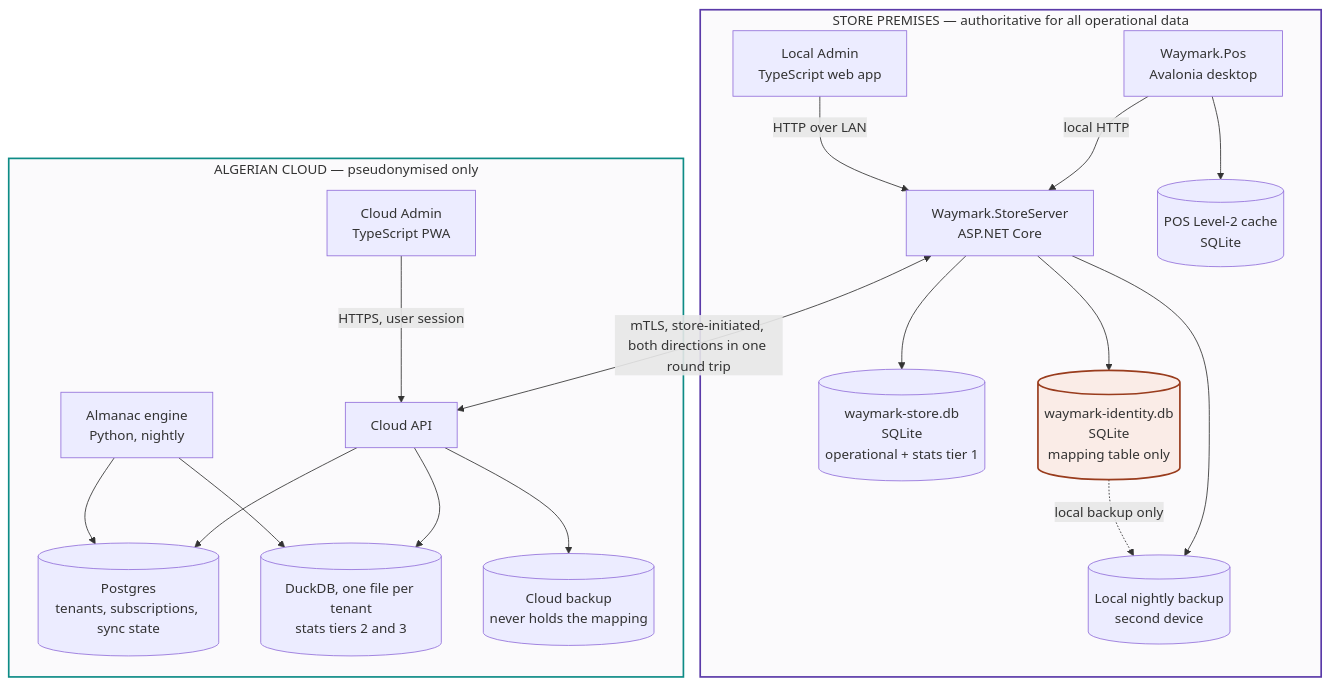
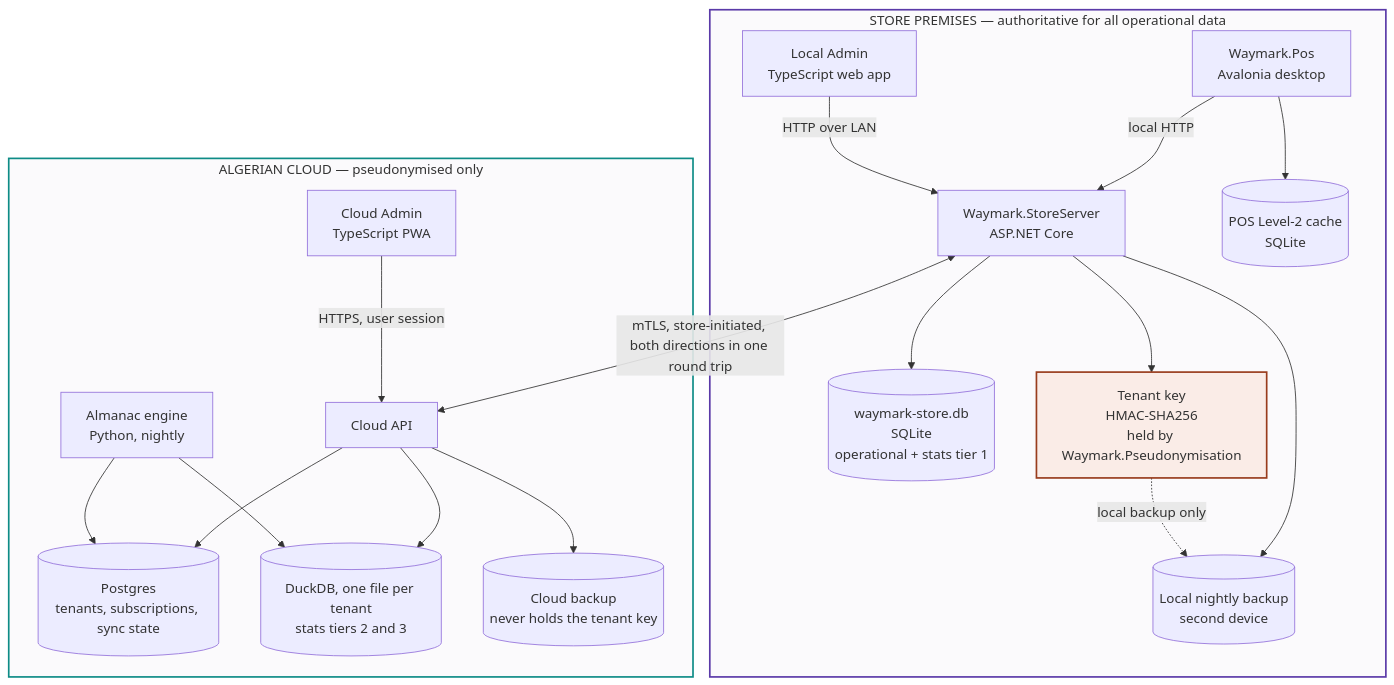
The diagram in docs/diagrams/02-container.md (RAHAI-HAKIM/Waymark), drawn with Mermaid before and after one commit. The commit also changed other lines of this file and 35 other files, not shown here.

Commit message:
Decided on using an Hmac hashing instead of the identity db, added new decision regarding handling money, quantities. more edits on these decisions 2b made later

````diff
--- a/docs/diagrams/02-container.md
+++ b/docs/diagrams/02-container.md
@@ -6,42 +6,42 @@
 ```mermaid
 flowchart TB
     subgraph premises["STORE PREMISES — authoritative for all operational data"]
         pos["Waymark.Pos<br/>Avalonia desktop"]
         server["Waymark.StoreServer<br/>ASP.NET Core"]
         localadmin["Local Admin<br/>TypeScript web app"]
         storedb[("waymark-store.db<br/>SQLite<br/>operational + stats tier 1")]
-        identitydb[("waymark-identity.db<br/>SQLite<br/>mapping table only")]
+        tenantkey["Tenant key<br/>HMAC-SHA256<br/>held by Waymark.Pseudonymisation"]
         poscache[("POS Level-2 cache<br/>SQLite")]
         backup[("Local nightly backup<br/>second device")]
     end
 
     subgraph algeria["ALGERIAN CLOUD — pseudonymised only"]
         api["Cloud API"]
         engine["Almanac engine<br/>Python, nightly"]
         postgres[("Postgres<br/>tenants, subscriptions, sync state")]
         duckdb[("DuckDB, one file per tenant<br/>stats tiers 2 and 3")]
         cloudadmin["Cloud Admin<br/>TypeScript PWA"]
-        cloudbackup[("Cloud backup<br/>never holds the mapping")]
+        cloudbackup[("Cloud backup<br/>never holds the tenant key")]
     end
 
     pos -->|"local HTTP"| server
     pos --> poscache
     localadmin -->|"HTTP over LAN"| server
     server --> storedb
-    server --> identitydb
+    server --> tenantkey
     server --> backup
-    identitydb -.->|"local backup only"| backup
+    tenantkey -.->|"local backup only"| backup
 
     server <-->|"mTLS, store-initiated, both directions in one round trip"| api
 
     api --> postgres
     api --> duckdb
     engine --> duckdb
     engine --> postgres
     cloudadmin -->|"HTTPS, user session"| api
     api --> cloudbackup
 
     style premises fill:#FBFAFC,stroke:#5A3AA8,stroke-width:2px
     style algeria fill:#FBFAFC,stroke:#0E8C86,stroke-width:2px
-    style identitydb fill:#FAECE7,stroke:#993C1D,stroke-width:2px
+    style tenantkey fill:#FAECE7,stroke:#993C1D,stroke-width:2px
 ```
````
